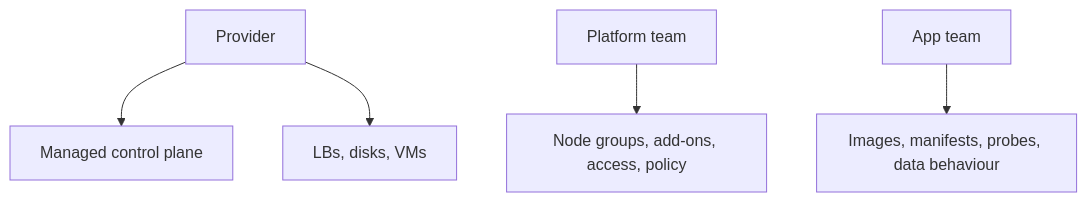
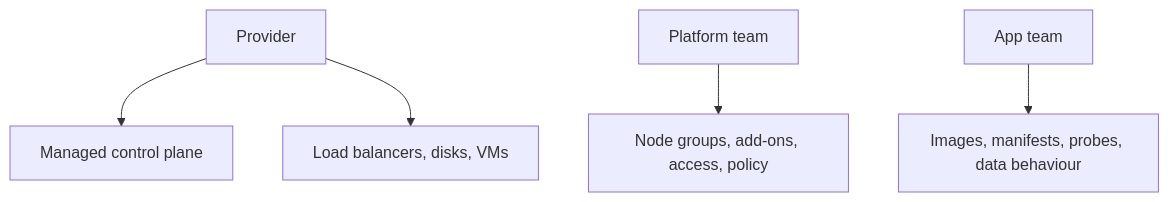
One commit to darshan-raul/apollo11-docs changed the diagram in docs/learn/cloud/infrastructure-and-ownership.md. Above: the diagram before and after it, drawn with Mermaid. The commit also changed other lines of this file and 55 other files, not shown here.

````diff
--- a/docs/learn/cloud/infrastructure-and-ownership.md
+++ b/docs/learn/cloud/infrastructure-and-ownership.md
@@ -20,7 +30,7 @@
 ```mermaid
 flowchart TB
   Prov[Provider] --> CP[Managed control plane]
-  Prov --> Infra[LBs, disks, VMs]
+  Prov --> Infra[Load balancers, disks, VMs]
   Plat[Platform team] --> Nodes[Node groups, add-ons, access, policy]
   App[App team] --> W[Images, manifests, probes, data behaviour]
 ```
````
